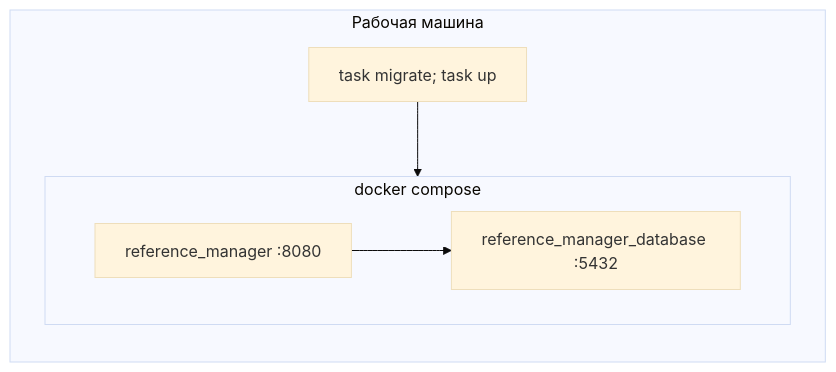
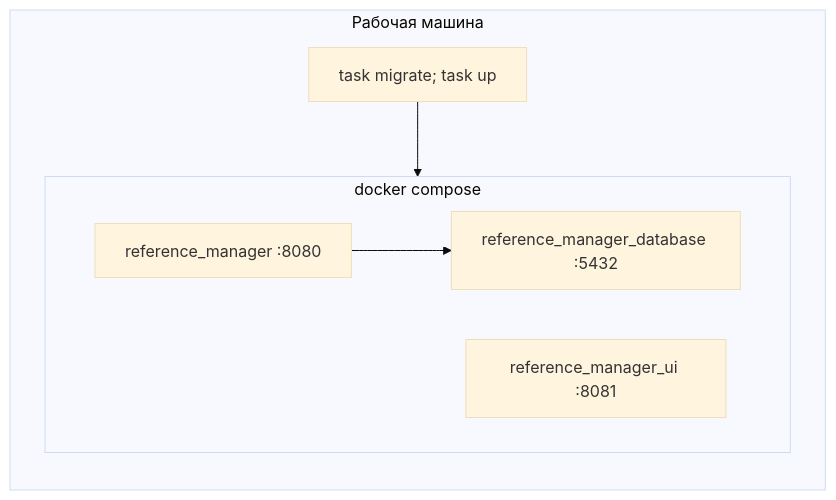
The second of 2 diagrams in reference-manager/documents/165.deployment-diagram.md (MEPhI-C22-501/arch-info-system-monorepo), drawn with Mermaid (base theme) before and after one commit. The commit also changed other lines of this file and 24 other files, not shown here.

First line of the commit message:
feat(reference-manager): add the step 1 admin panel on mock data

````diff
--- a/reference-manager/documents/165.deployment-diagram.md
+++ b/reference-manager/documents/165.deployment-diagram.md
@@ -135,12 +135,13 @@
 ```mermaid
 flowchart LR
     subgraph Host["Рабочая машина"]
         T["task migrate; task up"]
         subgraph Compose["docker compose"]
             APP["reference_manager :8080"]
             DBC["reference_manager_database :5432"]
+            UI["reference_manager_ui :8081"]
         end
     end
     T --> Compose
     APP --> DBC
 ```
````
